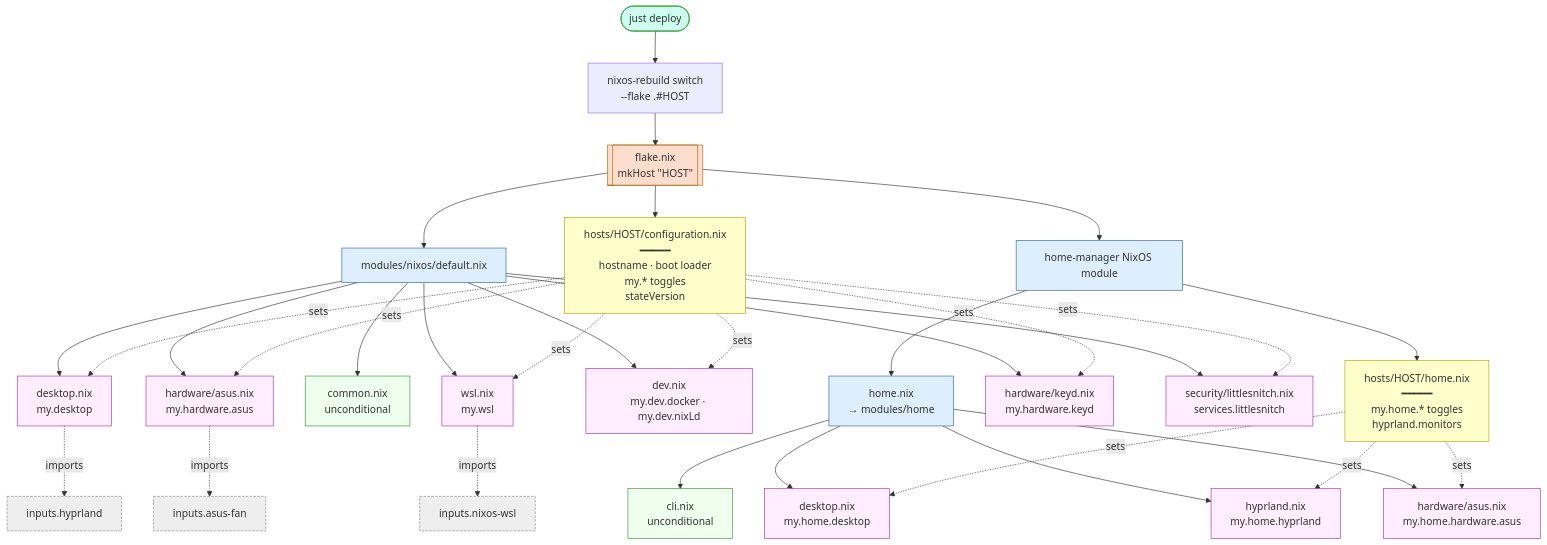
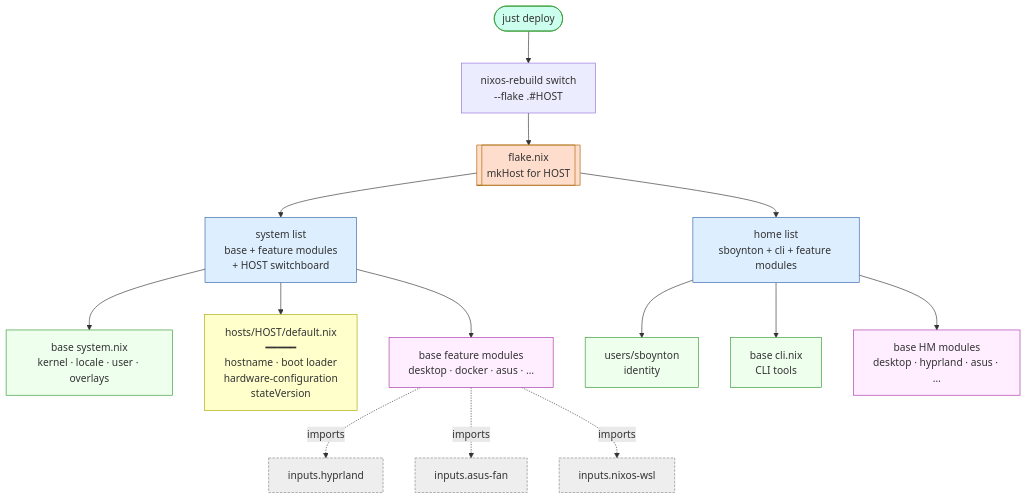
Before and after one commit to samling/dotfiles: the diagram in NIX.md, drawn with Mermaid. The commit also changed other lines of this file and 35 other files, not shown here.

````diff
--- a/NIX.md
+++ b/NIX.md
@@ -23,49 +71,29 @@
 ```mermaid
 flowchart TB
     U([just deploy]):::entry
     U --> R[nixos-rebuild switch<br/>--flake .#HOST]
-    R --> F[[flake.nix<br/>mkHost &quot;HOST&quot;]]:::flake
+    R --> F[[flake.nix<br/>mkHost for HOST]]:::flake
 
-    F --> HCFG[hosts/HOST/configuration.nix<br/>━━━━━<br/>hostname · boot loader<br/>my.* toggles<br/>stateVersion]:::host
-    F --> N[modules/nixos/default.nix]:::group
-    F --> HM[home-manager NixOS module]:::group
+    F --> SYS[system list<br/>base + feature modules<br/>+ HOST switchboard]:::group
+    F --> HM[home list<br/>sboynton + cli + feature modules]:::group
 
-    HM --> HB[home.nix<br/>→ modules/home]:::group
-    HM --> HHM[hosts/HOST/home.nix<br/>━━━━━<br/>my.home.* toggles<br/>hyprland.monitors]:::host
+    SYS --> bN[base system.nix<br/>kernel · locale · user · overlays]:::always
+    SYS --> hostMod[hosts/HOST/default.nix<br/>━━━━━<br/>hostname · boot loader<br/>hardware-configuration<br/>stateVersion]:::host
+    SYS --> featN[base feature modules<br/>desktop · docker · asus · …]:::feature
 
-    N --> nc[common.nix<br/>unconditional]:::always
-    N --> nd[desktop.nix<br/>my.desktop]:::gated
-    N --> ndv[dev.nix<br/>my.dev.docker · my.dev.nixLd]:::gated
-    N --> na[hardware/asus.nix<br/>my.hardware.asus]:::gated
-    N --> nk[hardware/keyd.nix<br/>my.hardware.keyd]:::gated
-    N --> nl[security/littlesnitch.nix<br/>services.littlesnitch]:::gated
-    N --> nw[wsl.nix<br/>my.wsl]:::gated
+    HM --> usr[users/sboynton<br/>identity]:::always
+    HM --> cli[base cli.nix<br/>CLI tools]:::always
+    HM --> featH[base HM modules<br/>desktop · hyprland · asus · …]:::feature
 
-    HB --> hc[cli.nix<br/>unconditional]:::always
-    HB --> hd[desktop.nix<br/>my.home.desktop]:::gated
-    HB --> hh[hyprland.nix<br/>my.home.hyprland]:::gated
-    HB --> hha[hardware/asus.nix<br/>my.home.hardware.asus]:::gated
-
-    HCFG -. sets .-> nd
-    HCFG -. sets .-> ndv
-    HCFG -. sets .-> na
-    HCFG -. sets .-> nk
-    HCFG -. sets .-> nl
-    HCFG -. sets .-> nw
-
-    HHM -. sets .-> hd
-    HHM -. sets .-> hh
-    HHM -. sets .-> hha
-
-    nd -. imports .-> ih[inputs.hyprland]:::input
-    na -. imports .-> ia[inputs.asus-fan]:::input
-    nw -. imports .-> iw[inputs.nixos-wsl]:::input
+    featN -. imports .-> ih[inputs.hyprland]:::input
+    featN -. imports .-> ia[inputs.asus-fan]:::input
+    featN -. imports .-> iw[inputs.nixos-wsl]:::input
 
     classDef entry fill:#cfe,stroke:#393
     classDef flake fill:#fdc,stroke:#a60
     classDef host fill:#ffc,stroke:#aa0
     classDef group fill:#def,stroke:#36a
     classDef always fill:#efe,stroke:#393
-    classDef gated fill:#fef,stroke:#a3a
+    classDef feature fill:#fef,stroke:#a3a
     classDef input fill:#eee,stroke:#888,stroke-dasharray:4 2
 ```
````
